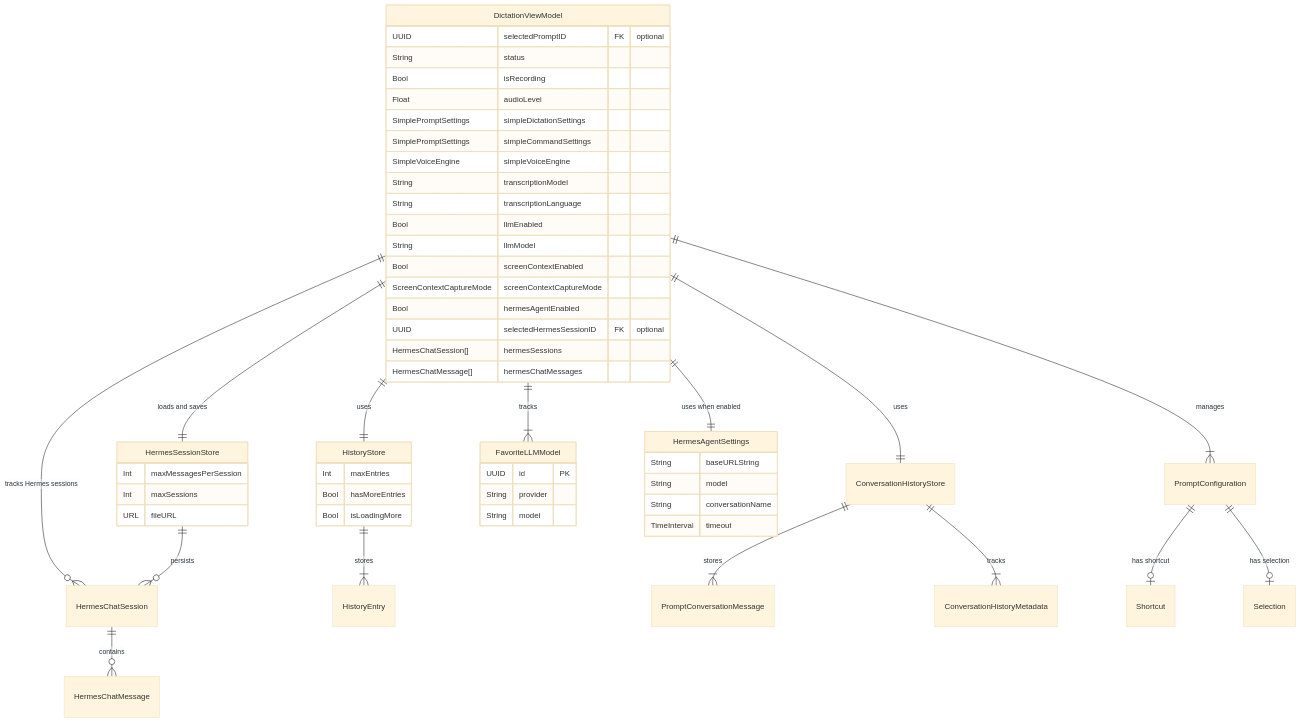
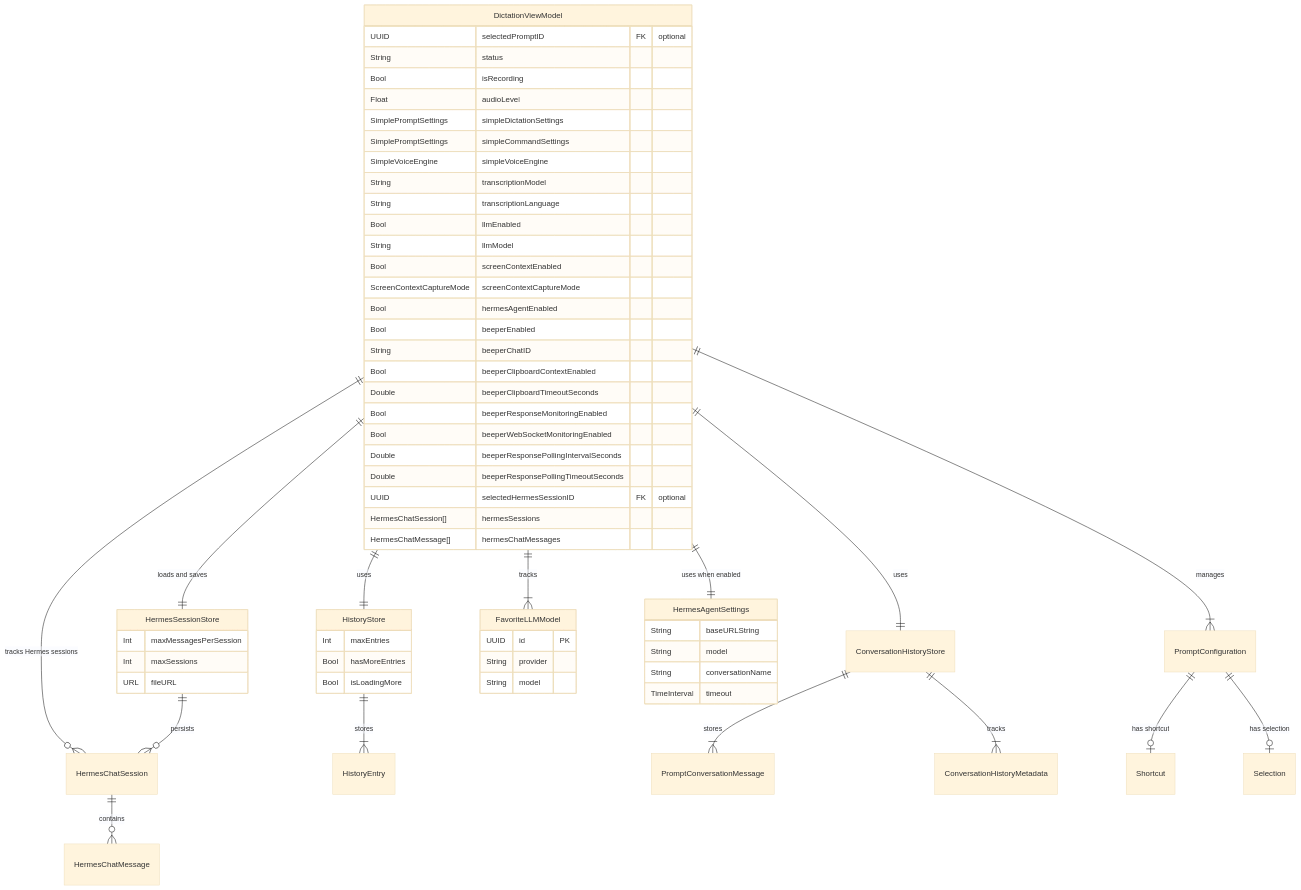
The eighth of 12 diagrams in datamodel.md (dkapo88/WonderWhisper-macOS), drawn with Mermaid (base theme) before and after one commit. The commit also changed other lines of this file and 15 other files, not shown here.

````diff
--- a/datamodel.md
+++ b/datamodel.md
@@ -327,66 +327,74 @@
 ```mermaid
 erDiagram
     DictationViewModel ||--|{ PromptConfiguration : "manages"
     DictationViewModel ||--|| HistoryStore : "uses"
     DictationViewModel ||--|| ConversationHistoryStore : "uses"
     DictationViewModel ||--|{ FavoriteLLMModel : "tracks"
     DictationViewModel ||--|| HermesAgentSettings : "uses when enabled"
     DictationViewModel ||--|| HermesSessionStore : "loads and saves"
     DictationViewModel ||--o{ HermesChatSession : "tracks Hermes sessions"
     
     HistoryStore ||--|{ HistoryEntry : "stores"
     
     ConversationHistoryStore ||--|{ PromptConversationMessage : "stores"
     ConversationHistoryStore ||--|{ ConversationHistoryMetadata : "tracks"
 
     HermesSessionStore ||--o{ HermesChatSession : "persists"
     HermesChatSession ||--o{ HermesChatMessage : "contains"
     
     PromptConfiguration ||--o| Shortcut : "has shortcut"
     PromptConfiguration ||--o| Selection : "has selection"
     
     DictationViewModel {
         UUID selectedPromptID FK "optional"
         String status
         Bool isRecording
         Float audioLevel
         SimplePromptSettings simpleDictationSettings
         SimplePromptSettings simpleCommandSettings
         SimpleVoiceEngine simpleVoiceEngine
         String transcriptionModel
         String transcriptionLanguage
         Bool llmEnabled
         String llmModel
         Bool screenContextEnabled
         ScreenContextCaptureMode screenContextCaptureMode
         Bool hermesAgentEnabled
+        Bool beeperEnabled
+        String beeperChatID
+        Bool beeperClipboardContextEnabled
+        Double beeperClipboardTimeoutSeconds
+        Bool beeperResponseMonitoringEnabled
+        Bool beeperWebSocketMonitoringEnabled
+        Double beeperResponsePollingIntervalSeconds
+        Double beeperResponsePollingTimeoutSeconds
         UUID selectedHermesSessionID FK "optional"
         HermesChatSession[] hermesSessions
         HermesChatMessage[] hermesChatMessages
     }
     
     HistoryStore {
         Int maxEntries
         Bool hasMoreEntries
         Bool isLoadingMore
     }
 
     HermesSessionStore {
         Int maxMessagesPerSession
         Int maxSessions
         URL fileURL
     }
     
     FavoriteLLMModel {
         UUID id PK
         String provider
         String model
     }
 
     HermesAgentSettings {
         String baseURLString
         String model
         String conversationName
         TimeInterval timeout
     }
 ```
````
